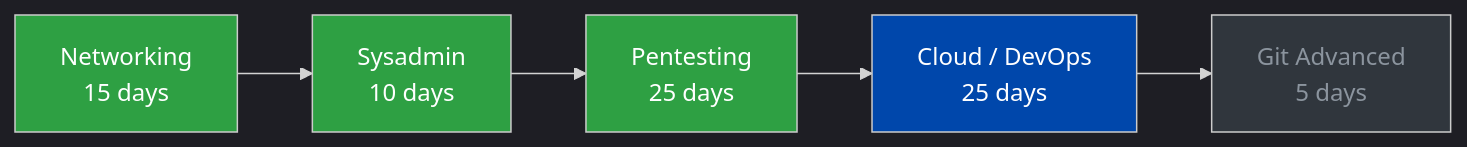
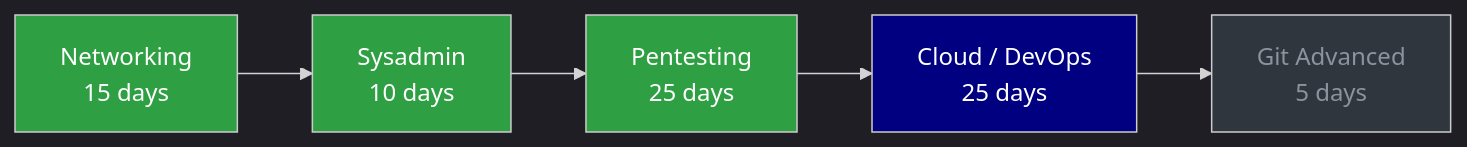
One commit to Jeetendra-sanatani/tools-journal changed the second of 2 diagrams in README.md. Above: the diagram before and after it, drawn with Mermaid.

````diff
--- a/README.md
+++ b/README.md
@@ -63,14 +63,14 @@
 ```mermaid
 %%{init: {'theme':'dark'}}%%
 flowchart LR
     A[Networking<br/>15 days] --> B[Sysadmin<br/>10 days]
     B --> C[Pentesting<br/>25 days]
     C --> D[Cloud / DevOps<br/>25 days]
     D --> E[Git Advanced<br/>5 days]
 
     style A fill:#2ea043,color:#fff
     style B fill:#2ea043,color:#fff
     style C fill:#2ea043,color:#fff
-    style D fill:#0047AB,color:#fff
+    style D fill:#000080,color:#fff
     style E fill:#30363d,color:#8b949e
 ```
````
